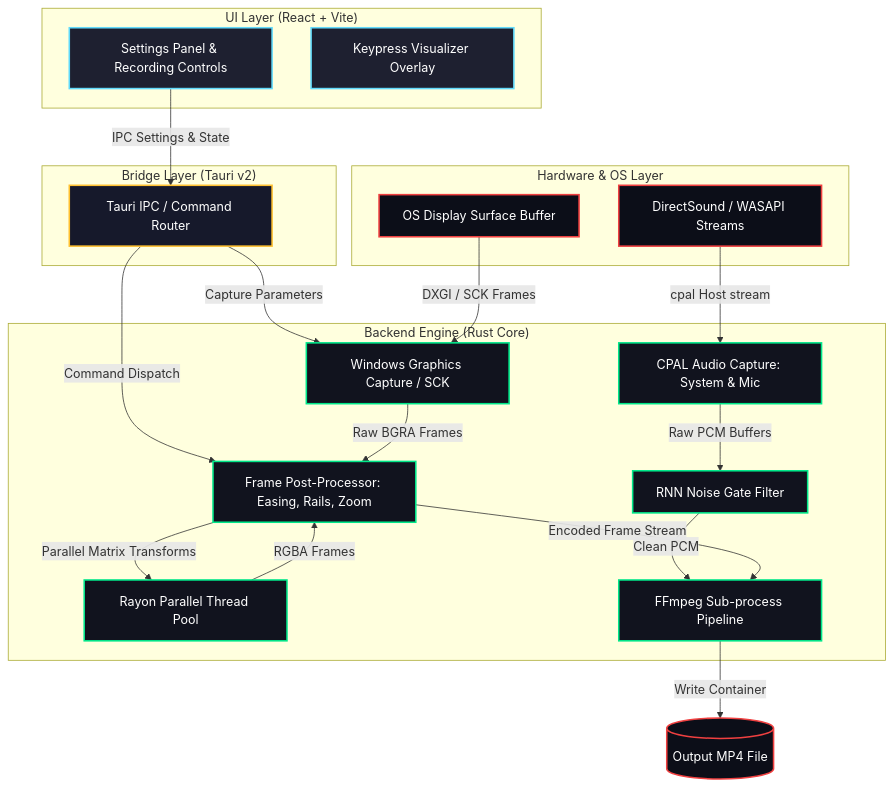
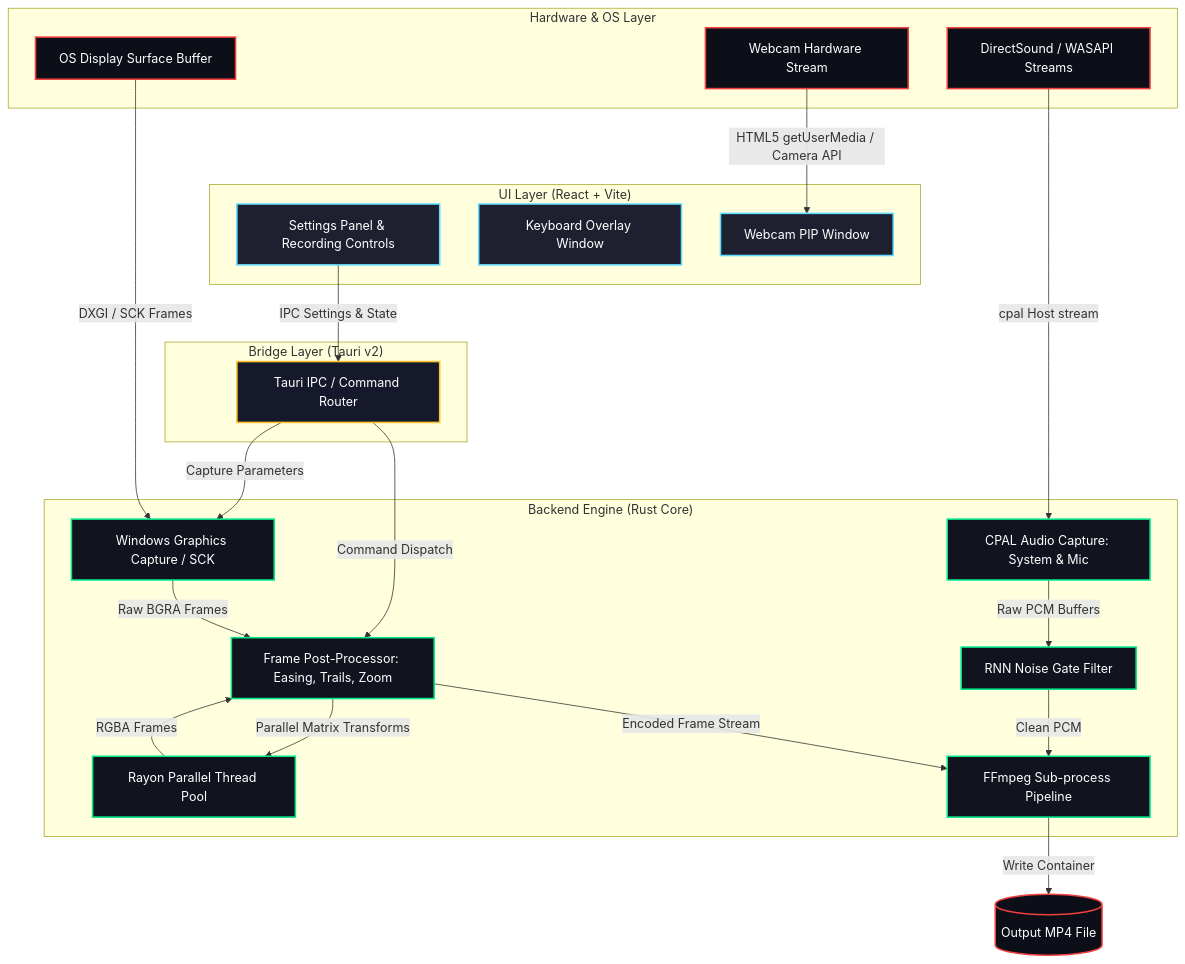
The diagram in README.md (IsNoobgrammer/EasySpecy), drawn with Mermaid before and after one commit. The commit also changed other lines of this file and 2 other files, not shown here.

Commit message:
docs: use light mode preview, add glassmorphic bento showcase SVG, remove emojis, and document webcam overlay in HLD flowchart

````diff
--- a/README.md
+++ b/README.md
@@ -100,50 +65,53 @@
 ```mermaid
 graph TD
     %% Styling and layout
     classDef frontend fill:#1e2030,stroke:#61dafb,stroke-width:2px,color:#fff;
     classDef tauri fill:#16192b,stroke:#ffc131,stroke-width:2px,color:#fff;
     classDef backend fill:#11131e,stroke:#00e88a,stroke-width:2px,color:#fff;
     classDef external fill:#0c0e18,stroke:#f04040,stroke-width:2px,color:#fff;
 
     %% Subgraph layers
     subgraph UI_Layer ["UI Layer (React + Vite)"]
         UI[Settings Panel & Recording Controls]:::frontend
-        KeyOverlay[Keypress Visualizer Overlay]:::frontend
+        KeyOverlay[Keyboard Overlay Window]:::frontend
+        WebcamOverlay[Webcam PIP Window]:::frontend
     end
 
     subgraph Bridge_Layer ["Bridge Layer (Tauri v2)"]
         IPC[Tauri IPC / Command Router]:::tauri
     end
 
     subgraph Backend_Layer ["Backend Engine (Rust Core)"]
         VideoCapture[Windows Graphics Capture / SCK]:::backend
         AudioCapture[CPAL Audio Capture: System & Mic]:::backend
         RNNoise[RNN Noise Gate Filter]:::backend
-        FrameProcessor[Frame Post-Processor: Easing, Rails, Zoom]:::backend
+        FrameProcessor[Frame Post-Processor: Easing, Trails, Zoom]:::backend
         Rayon[Rayon Parallel Thread Pool]:::backend
         FFmpegPipe[FFmpeg Sub-process Pipeline]:::backend
     end
 
     subgraph OS_Layer ["Hardware & OS Layer"]
         OS_Video[OS Display Surface Buffer]:::external
         OS_Audio[DirectSound / WASAPI Streams]:::external
+        OS_Webcam[Webcam Hardware Stream]:::external
     end
 
     %% Connections
     UI -->|IPC Settings & State| IPC
     IPC -->|Command Dispatch| FrameProcessor
     IPC -->|Capture Parameters| VideoCapture
 
     OS_Video -->|DXGI / SCK Frames| VideoCapture
     OS_Audio -->|cpal Host stream| AudioCapture
+    OS_Webcam -->|HTML5 getUserMedia / Camera API| WebcamOverlay
 
     VideoCapture -->|Raw BGRA Frames| FrameProcessor
     AudioCapture -->|Raw PCM Buffers| RNNoise
     RNNoise -->|Clean PCM| FFmpegPipe
 
     FrameProcessor -->|Parallel Matrix Transforms| Rayon
     Rayon -->|RGBA Frames| FrameProcessor
     FrameProcessor -->|Encoded Frame Stream| FFmpegPipe
 
     FFmpegPipe -->|Write Container| OutFile[(Output MP4 File)]:::external
 ```
````
